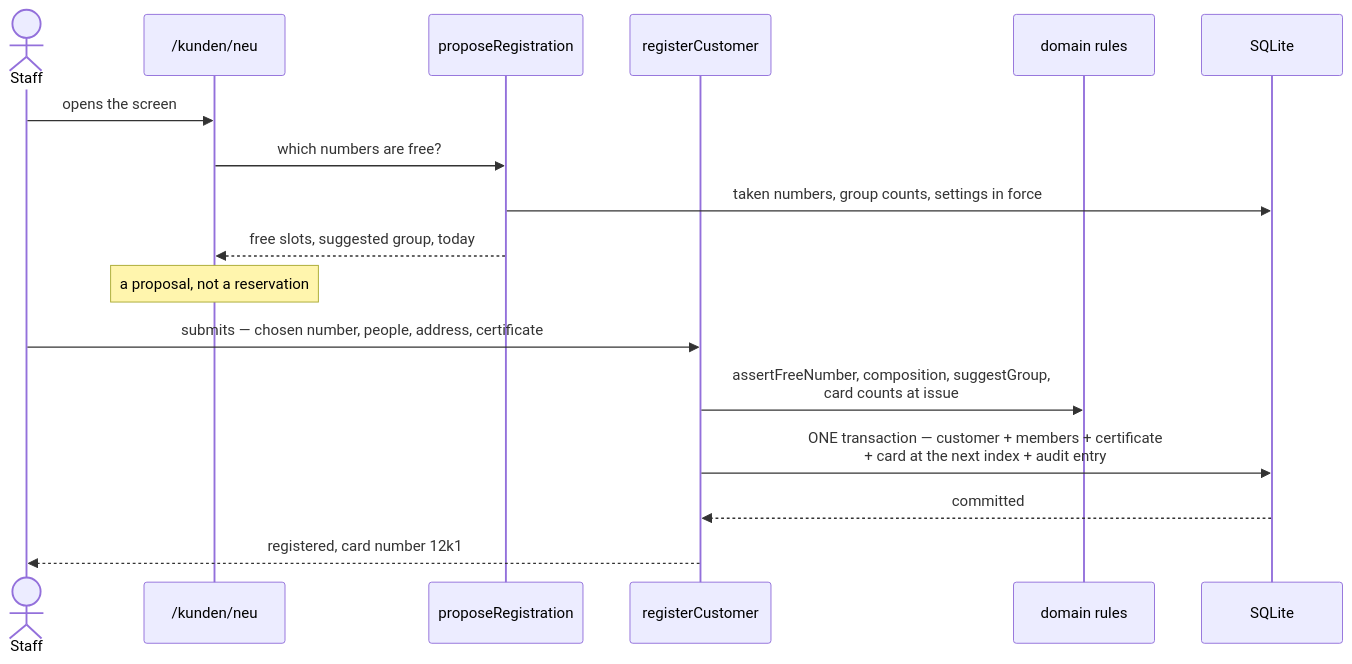
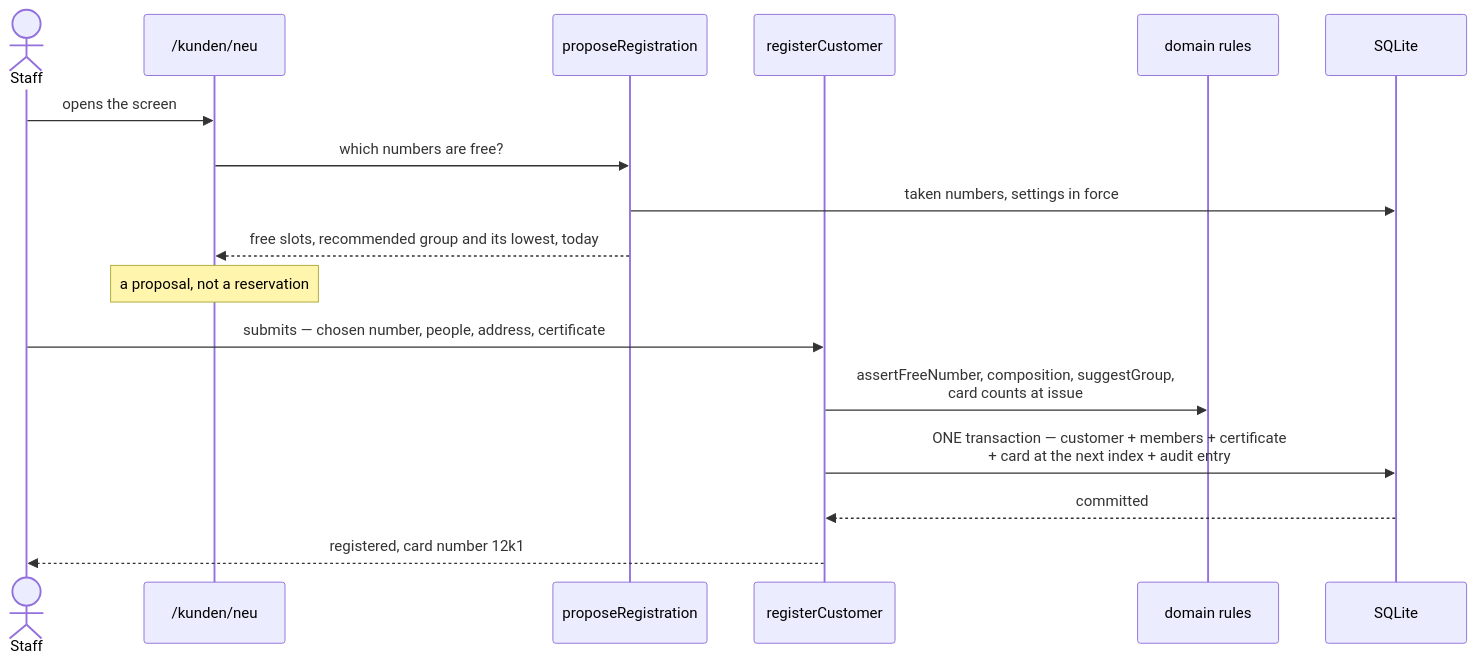
The second of 4 diagrams in docs/architecture/06-runtime-view.md (Lin0pan/FD-management), drawn with Mermaid before and after one commit. The commit also changed other lines of this file and 109 other files, not shown here.

````diff
--- a/docs/architecture/06-runtime-view.md
+++ b/docs/architecture/06-runtime-view.md
@@ -86,21 +86,21 @@
 ```mermaid
 sequenceDiagram
     actor Staff
     participant Page as /kunden/neu
     participant Propose as proposeRegistration
     participant Register as registerCustomer
     participant Domain as domain rules
     participant DB as SQLite
 
     Staff->>Page: opens the screen
     Page->>Propose: which numbers are free?
-    Propose->>DB: taken numbers, group counts, settings in force
-    Propose-->>Page: free slots, suggested group, today
+    Propose->>DB: taken numbers, settings in force
+    Propose-->>Page: free slots, recommended group and its lowest, today
     Note over Page: a proposal, not a reservation
 
     Staff->>Register: submits — chosen number, people, address, certificate
     Register->>Domain: assertFreeNumber, composition, suggestGroup,<br/>card counts at issue
     Register->>DB: ONE transaction — customer + members + certificate<br/>+ card at the next index + audit entry
     DB-->>Register: committed
     Register-->>Staff: registered, card number 12k1
 ```
````
